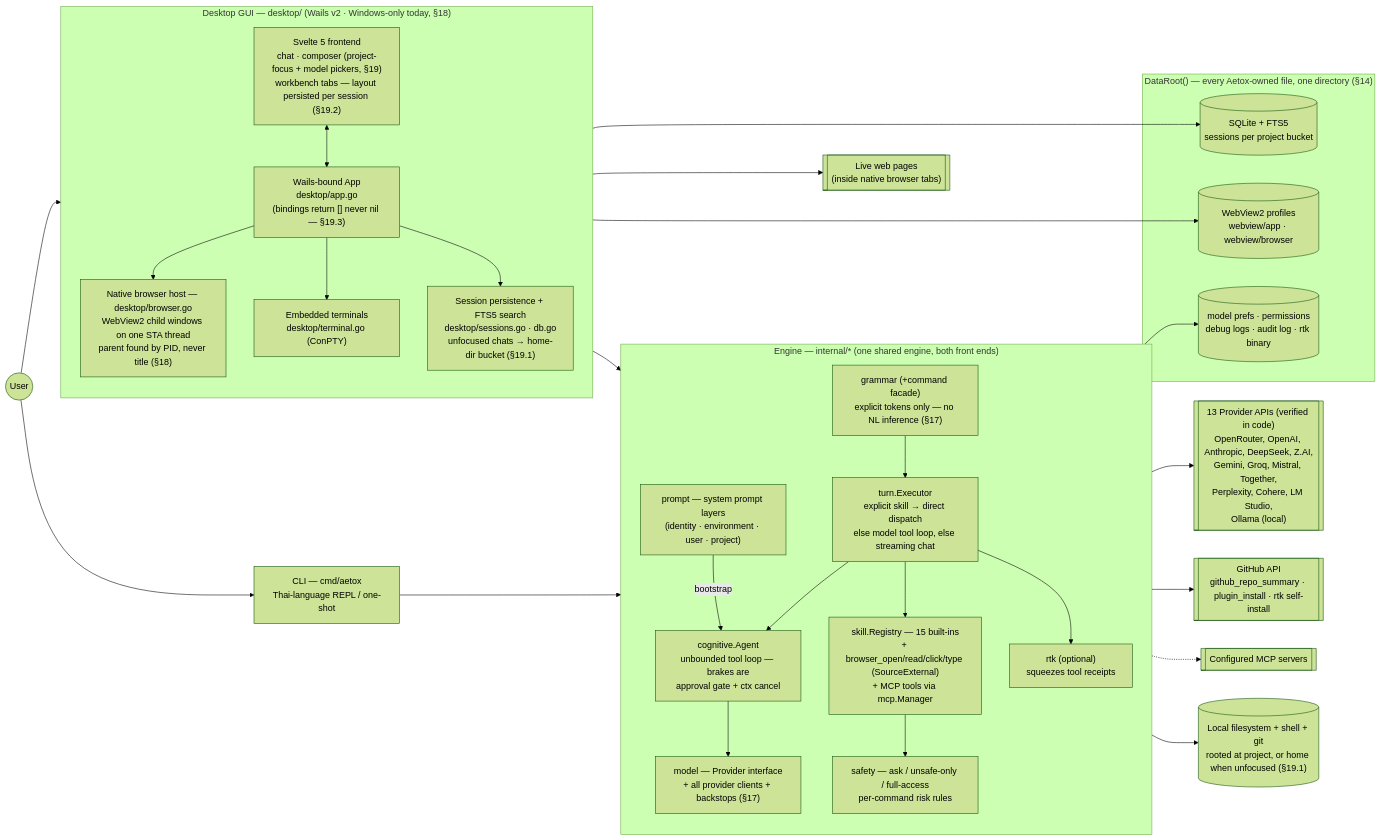
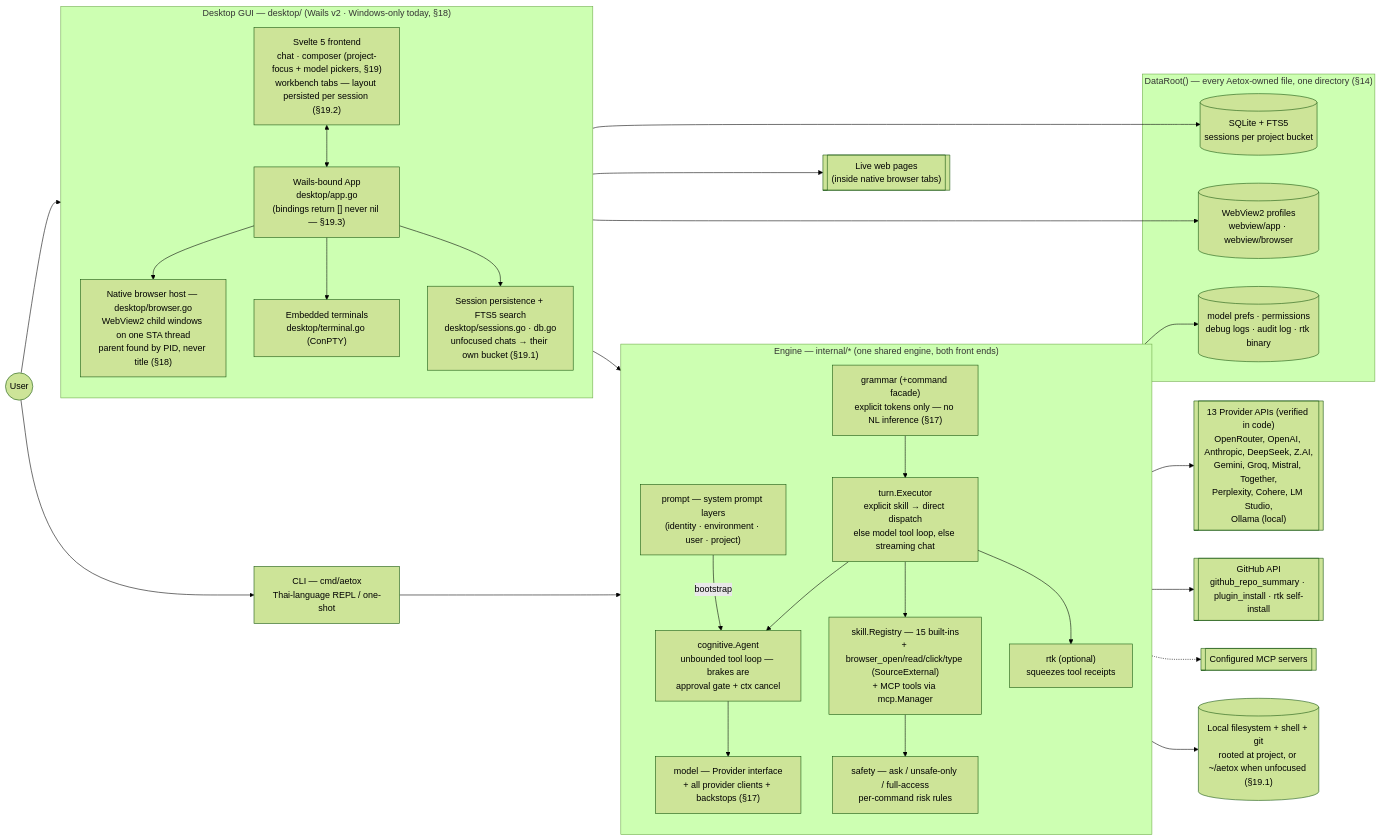
The first of 4 diagrams in ARCHITECTURE.md (Mike0165115321/Aetox), drawn with Mermaid (forest theme) before and after one commit. The commit also changed other lines of this file and 56 other files, not shown here.

````diff
--- a/ARCHITECTURE.md
+++ b/ARCHITECTURE.md
@@ -86,64 +88,64 @@
 ```mermaid
 flowchart LR
     User(("User"))
     CLI["CLI — cmd/aetox\nThai-language REPL / one-shot"]
 
     subgraph DesktopApp["Desktop GUI — desktop/ (Wails v2 · Windows-only today, §18)"]
         direction TB
         FE["Svelte 5 frontend\nchat · composer (project-focus + model pickers, §19)\nworkbench tabs — layout persisted per session (§19.2)"]
         Bindings["Wails-bound App\ndesktop/app.go\n(bindings return [] never nil — §19.3)"]
         BrowserHost["Native browser host — desktop/browser.go\nWebView2 child windows on one STA thread\nparent found by PID, never title (§18)"]
         Term["Embedded terminals\ndesktop/terminal.go (ConPTY)"]
-        Sessions["Session persistence + FTS5 search\ndesktop/sessions.go · db.go\nunfocused chats → home-dir bucket (§19.1)"]
+        Sessions["Session persistence + FTS5 search\ndesktop/sessions.go · db.go\nunfocused chats → their own bucket (§19.1)"]
         FE <--> Bindings
         Bindings --> BrowserHost
         Bindings --> Term
         Bindings --> Sessions
     end
 
     subgraph Engine["Engine — internal/* (one shared engine, both front ends)"]
         direction TB
         Grammar["grammar (+command facade)\nexplicit tokens only — no NL inference (§17)"]
         Turn["turn.Executor\nexplicit skill → direct dispatch\nelse model tool loop, else streaming chat"]
         Cog["cognitive.Agent\nunbounded tool loop — brakes are\napproval gate + ctx cancel"]
         Skills["skill.Registry — 15 built-ins\n+ browser_open/read/click/type (SourceExternal)\n+ MCP tools via mcp.Manager"]
         Safety["safety — ask / unsafe-only / full-access\nper-command risk rules"]
         Prompt["prompt — system prompt layers\n(identity · environment · user · project)"]
         RTK["rtk (optional)\nsqueezes tool receipts"]
         Model["model — Provider interface\n+ all provider clients + backstops (§17)"]
         Grammar --> Turn
         Turn --> Cog
         Cog --> Model
         Turn --> Skills
         Skills --> Safety
         Turn --> RTK
         Prompt -->|bootstrap| Cog
     end
 
     User --> FE
     User --> CLI
     CLI --> Engine
     Bindings --> Engine
 
     Providers[["13 Provider APIs (verified in code)\nOpenRouter, OpenAI, Anthropic, DeepSeek, Z.AI,\nGemini, Groq, Mistral, Together,\nPerplexity, Cohere, LM Studio,\nOllama (local)"]]
     GH[["GitHub API\ngithub_repo_summary · plugin_install · rtk self-install"]]
     MCPExt[["Configured MCP servers"]]
     Web[["Live web pages\n(inside native browser tabs)"]]
-    FS[("Local filesystem + shell + git\nrooted at project, or home when unfocused (§19.1)")]
+    FS[("Local filesystem + shell + git\nrooted at project, or ~/aetox when unfocused (§19.1)")]
 
     Model --> Providers
     Skills --> GH
     Skills --> FS
     Skills -.-> MCPExt
     BrowserHost --> Web
 
     subgraph Data["DataRoot() — every Aetox-owned file, one directory (§14)"]
         DB[("SQLite + FTS5\nsessions per project bucket")]
         Profiles[("WebView2 profiles\nwebview/app · webview/browser")]
         Misc[("model prefs · permissions\ndebug logs · audit log · rtk binary")]
     end
 
     Sessions --> DB
     BrowserHost --> Profiles
     Engine --> Misc
 ```
````
